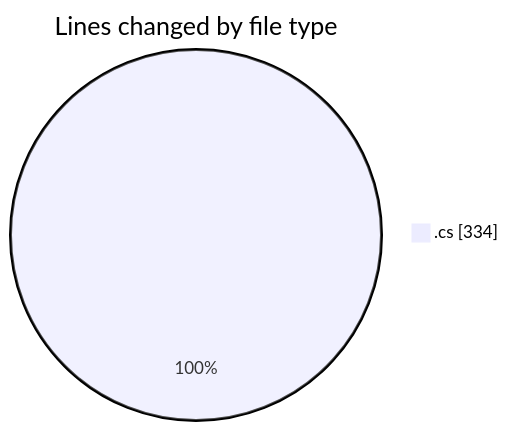
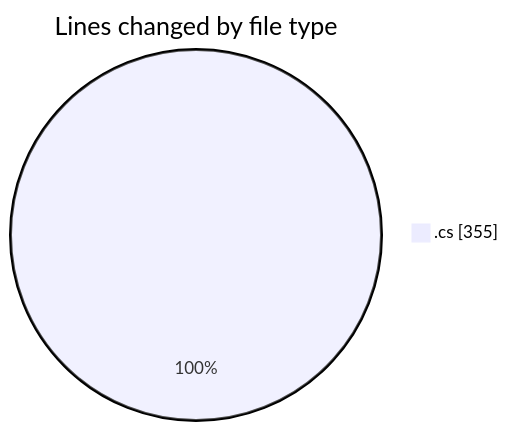
Before and after one commit to Netris89/code-tracking: the first of 2 diagrams in 2025-04-27/back-end/README.md, drawn with Mermaid. The commit also changed other lines of this file and 1 other file, not shown here.

````diff
--- a/2025-04-27/back-end/README.md
+++ b/2025-04-27/back-end/README.md
@@ -21,5 +21,5 @@
 ```mermaid
 pie showData
 title Lines changed by file type
-".cs" : 334
+".cs" : 355
 ```
````
